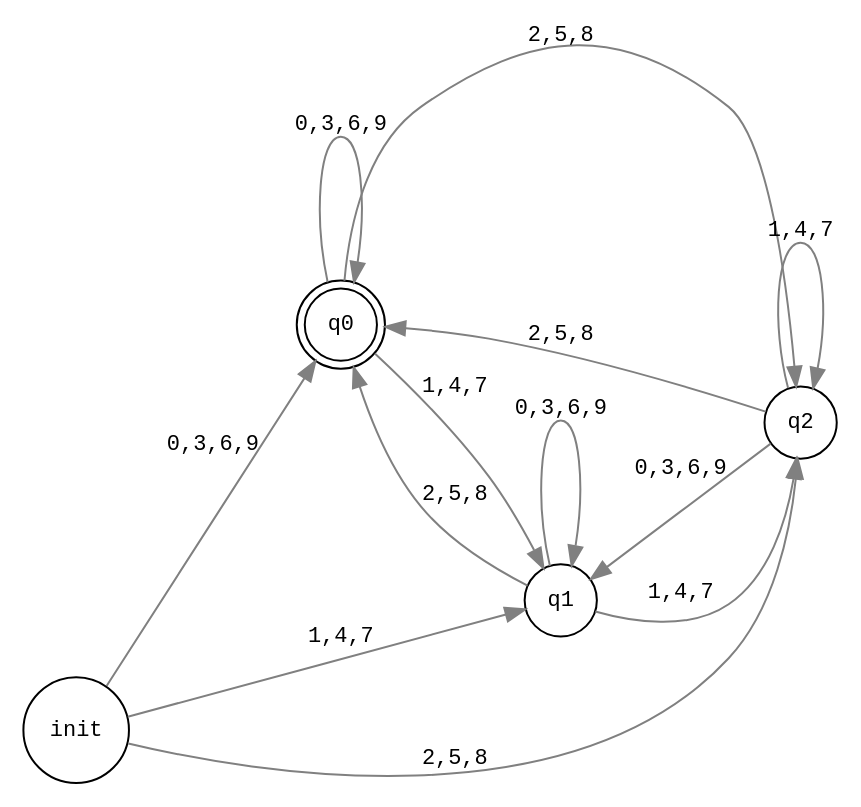
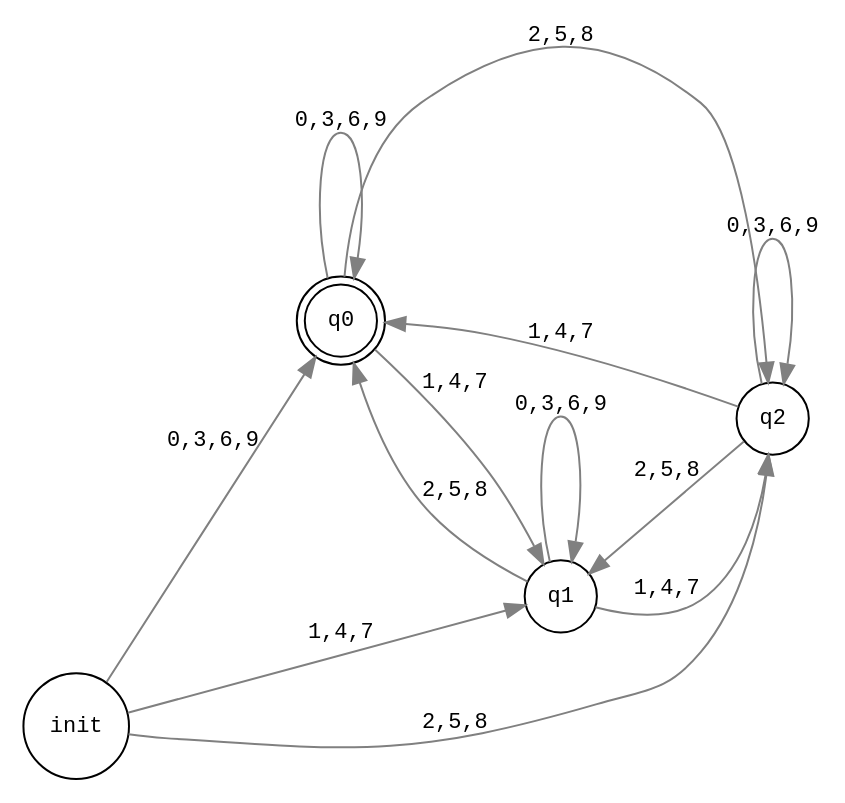
One commit to arpitbbhayani/fsm changed the diagram in div3.dot. Above: the diagram before and after it, drawn with Graphviz. The commit also changed 2 other files, not shown here.

Commit message:
graph fix for div 3.

```diff
--- a/div3.dot
+++ b/div3.dot
@@ -1,27 +1,27 @@
 digraph G {
     graph [rankdir=LR labelfontcolor=red fontname="monospace" nodesep=1.0 size="7.75,10.25"]
     node [fontname="monospace" fontsize=11]
     edge [fontname="monospace" color="grey" fontsize=11]
     
     -1 [label="init" shape="circle"]
     0 [label="q0" shape="doublecircle"]
     1 [label="q1" shape="circle"]
     2 [label="q2" shape="circle"]
     
     
     -1 -> 0 [label="0,3,6,9"]
     -1 -> 1 [label="1,4,7"]
     -1 -> 2 [label="2,5,8"]
     
     0 -> 0 [label="0,3,6,9"]
     0 -> 1 [label="1,4,7"]
     0 -> 2 [label="2,5,8"]
     
     1 -> 1 [label="0,3,6,9"]
     1 -> 2 [label="1,4,7"]
     1 -> 0 [label="2,5,8"]
     
-    2 -> 1 [label="0,3,6,9"]
-    2 -> 2 [label="1,4,7"]
-    2 -> 0 [label="2,5,8"]
+    2 -> 2 [label="0,3,6,9"]
+    2 -> 0 [label="1,4,7"]
+    2 -> 1 [label="2,5,8"]
 }
```
